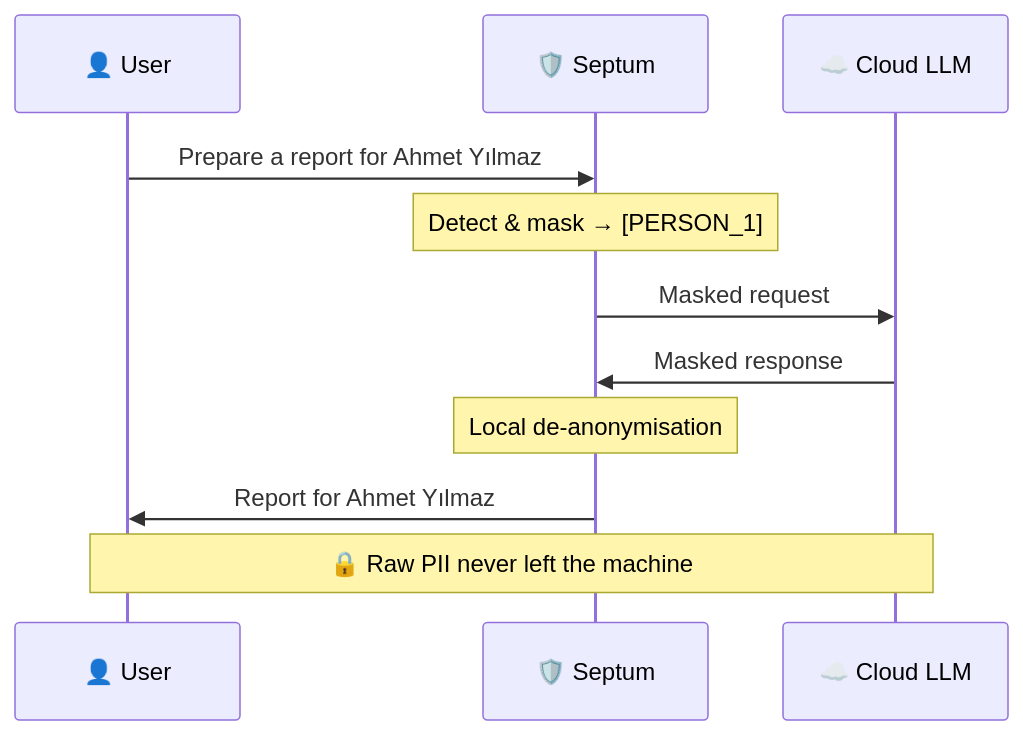
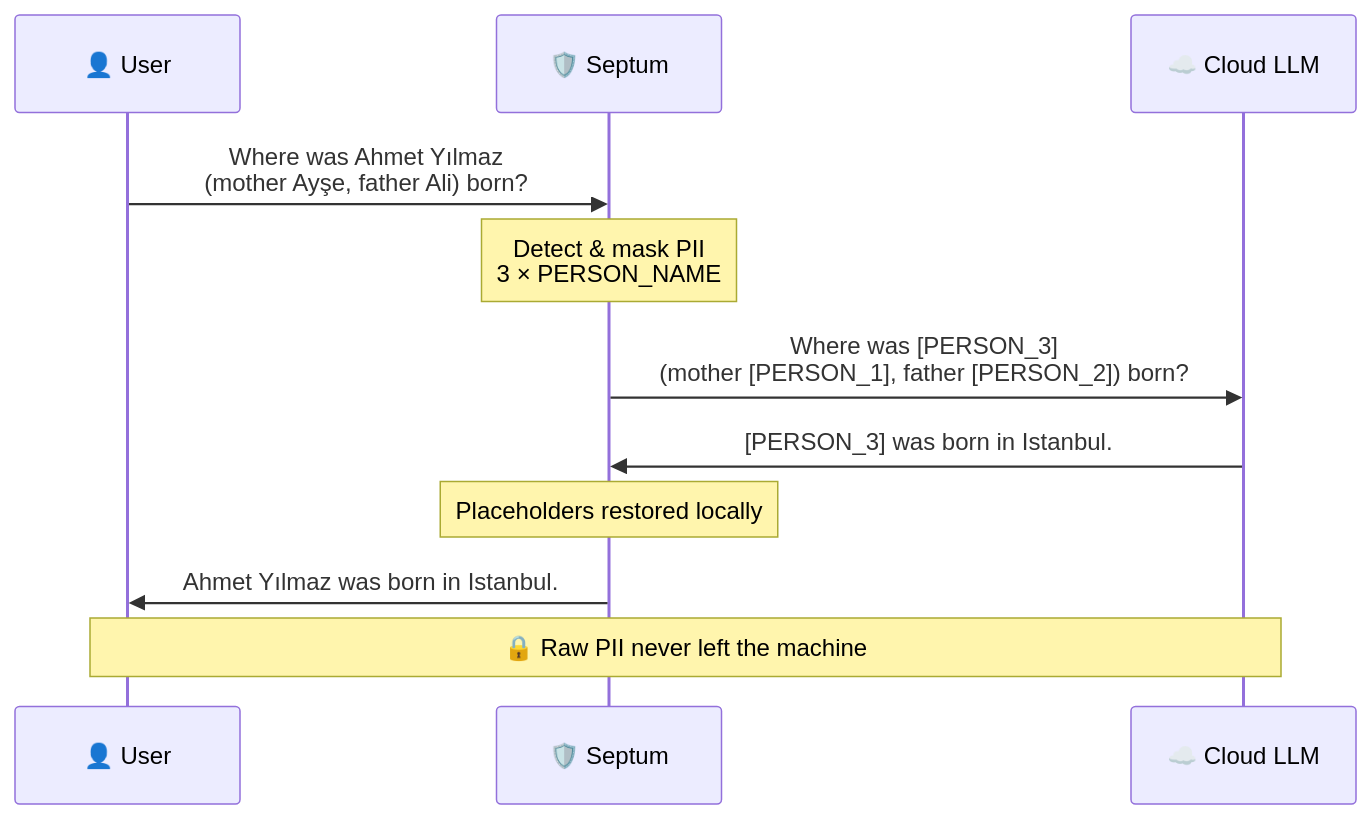
The diagram in README.md (byerlikaya/Septum), drawn with Mermaid before and after one commit. The commit also changed other lines of this file and 3 other files, not shown here.

````diff
--- a/README.md
+++ b/README.md
@@ -82,13 +70,13 @@
 ```mermaid
 sequenceDiagram
     participant U as 👤 User
     participant S as 🛡️ Septum
     participant L as ☁️ Cloud LLM
-    U->>S: Prepare a report for Ahmet Yılmaz
-    Note over S: Detect & mask → [PERSON_1]
-    S->>L: Masked request
-    L->>S: Masked response
-    Note over S: Local de-anonymisation
-    S->>U: Report for Ahmet Yılmaz
+    U->>S: Where was Ahmet Yılmaz <br> (mother Ayşe, father Ali) born?
+    Note over S: Detect & mask PII<br/>3 × PERSON_NAME
+    S->>L: Where was [PERSON_3] <br> (mother [PERSON_1], father [PERSON_2]) born?
+    L->>S: [PERSON_3] was born in Istanbul.
+    Note over S: Placeholders restored locally
+    S->>U: Ahmet Yılmaz was born in Istanbul.
     Note over U,L: 🔒 Raw PII never left the machine
 ```
````
